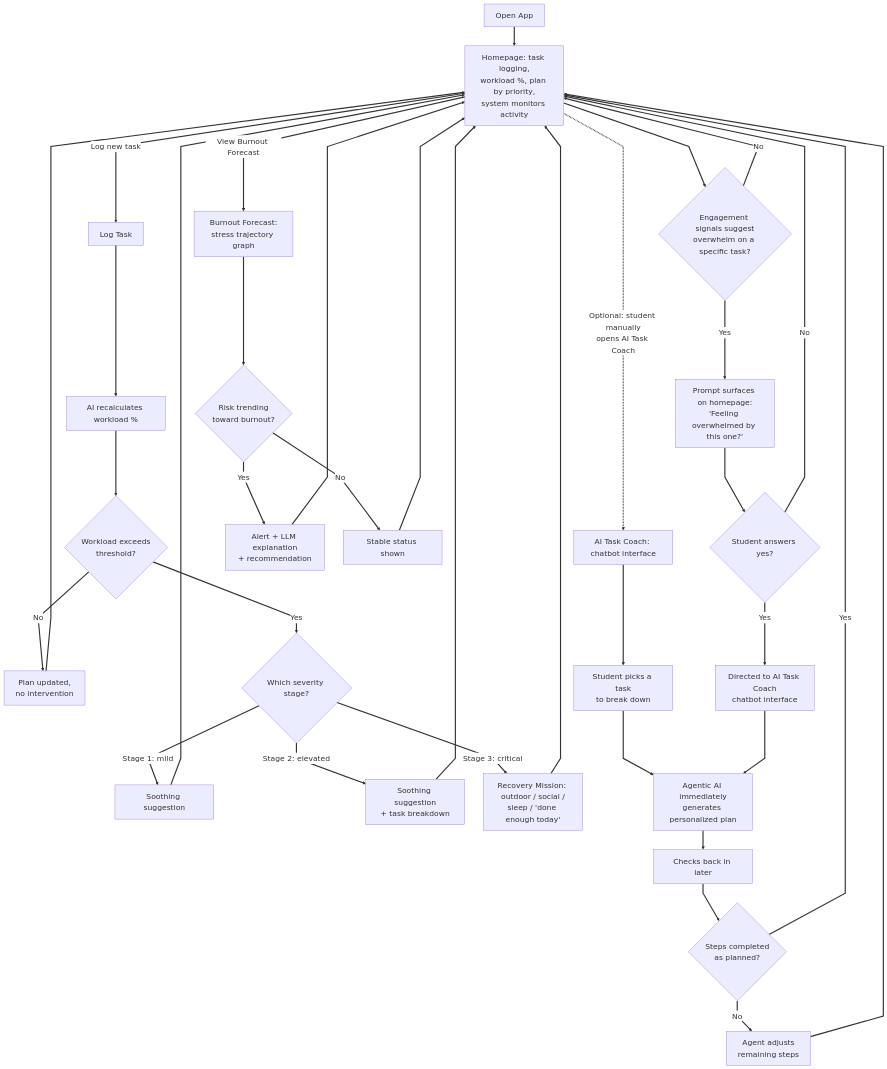
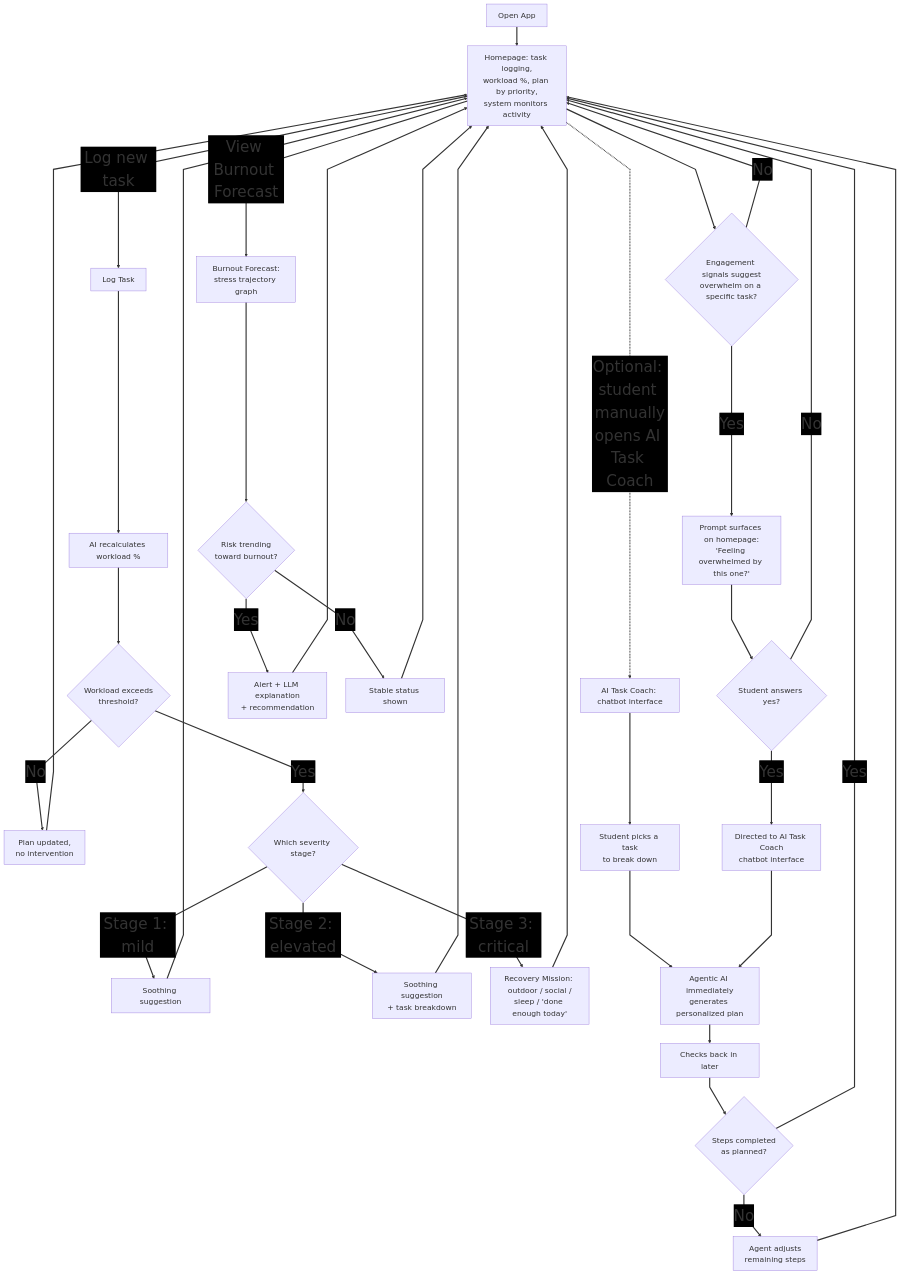
One commit to ran-coder/AI-Stress-Manager-App changed the diagram in README.md. Above: the diagram before and after it, drawn with Mermaid.

````diff
--- a/README.md
+++ b/README.md
@@ -28,59 +28,59 @@
 ```mermaid
 %%{
   init: {
     "flowchart": {
       "htmlLabels": true,
       "curve": "linear"
     },
     "themeVariables": {
-      "fontSize": "20px",
+      "fontSize": "40px",
       "nodePadding": 15,
-      "edgeLabelBackground": "#ffffff"
+      "edgeLabelBackground": "#000000"
     }
   }
 }%%
 flowchart TD
     classDef default font-size:20px;
     
     linkStyle default stroke-width:3px;
 
     A[Open App] --> B[Homepage: task logging,<br/>workload %, plan by priority,<br/>system monitors activity]
 
     B -->|Log new task| C[Log Task]
     C --> D[AI recalculates workload %]
     D --> E{Workload exceeds<br/>threshold?}
     E -->|No| J[Plan updated,<br/>no intervention]
     E -->|Yes| F{Which severity stage?}
     F -->|Stage 1: mild| G[Soothing suggestion]
     F -->|Stage 2: elevated| H[Soothing suggestion<br/>+ task breakdown]
     F -->|Stage 3: critical| I[Recovery Mission: outdoor / social /<br/>sleep / 'done enough today']
     G --> B
     H --> B
     I --> B
     J --> B
 
     B --> L{Engagement signals suggest<br/>overwhelm on a specific task?}
     L -->|No| B
     L -->|Yes| M["Prompt surfaces on homepage:<br/>'Feeling overwhelmed by this one?'"]
     M --> N{Student answers yes?}
     N -->|No| B
     N -->|Yes| K[Directed to AI Task Coach<br/>chatbot interface]
 
     B -.->|Optional: student manually<br/>opens AI Task Coach| K2[AI Task Coach: chatbot interface]
     K2 --> S[Student picks a task<br/>to break down]
     S --> O
 
     K --> O[Agentic AI immediately<br/>generates personalized plan]
     O --> P[Checks back in later]
     P --> Q{Steps completed<br/>as planned?}
     Q -->|Yes| B
     Q -->|No| R[Agent adjusts<br/>remaining steps]
     R --> B
 
     B --> |View Burnout Forecast| T[Burnout Forecast:<br/>stress trajectory graph]
     T --> U{Risk trending<br/>toward burnout?}
     U -->|Yes| V[Alert + LLM explanation<br/>+ recommendation]
     U -->|No| W[Stable status shown]
     V --> B
     W --> B
 ```
````
